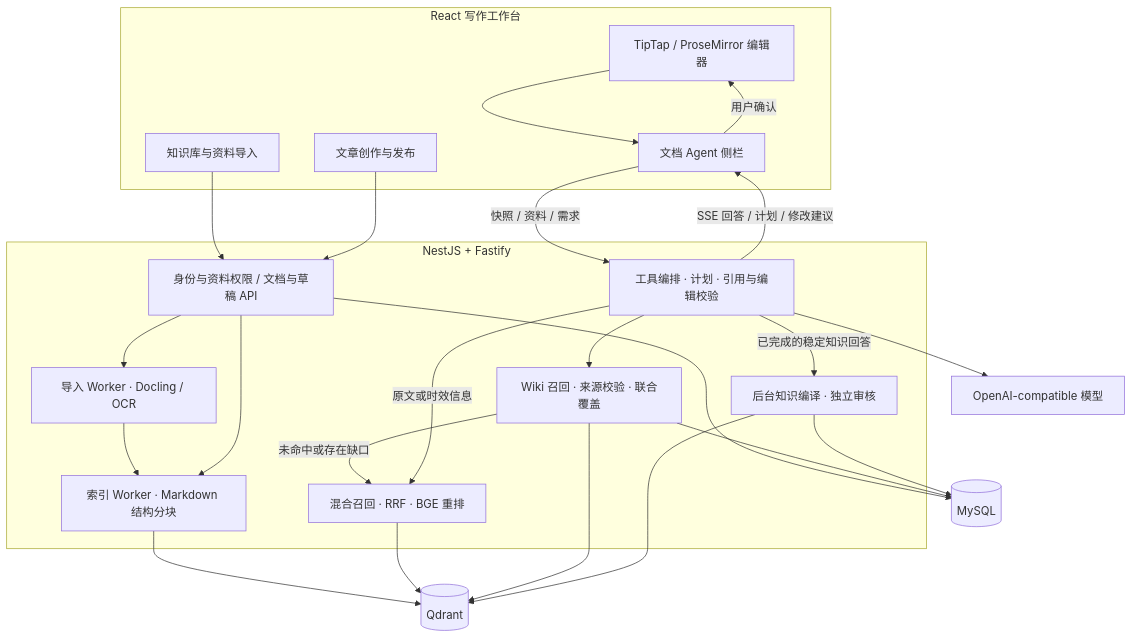
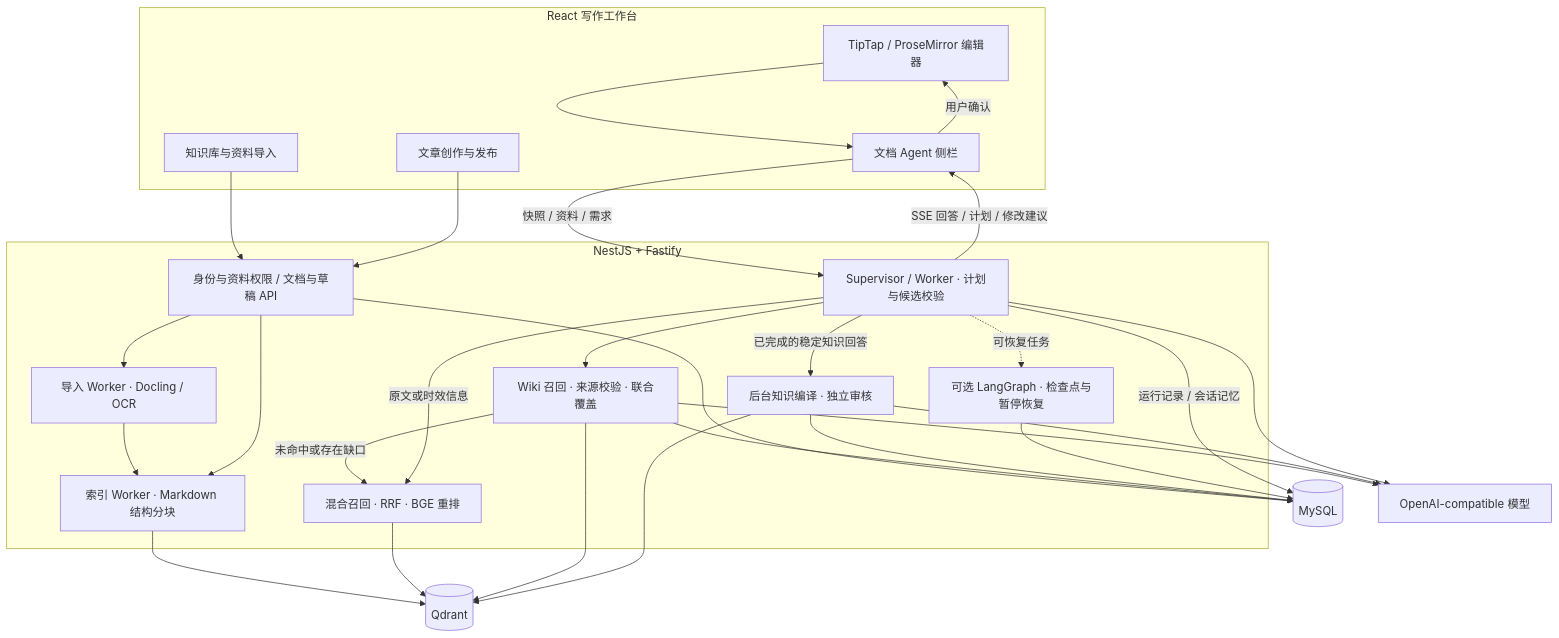
The fourth of 4 diagrams in README.md (seren-spark/livedoc), drawn with Mermaid before and after one commit. The commit also changed other lines of this file, not shown here.

Commit message:
docs: streamline README and update architecture

````diff
--- a/README.md
+++ b/README.md
@@ -379,41 +357,47 @@
 ```mermaid
 flowchart TB
   subgraph Frontend[React 写作工作台]
     KB[知识库与资料导入]
     Editor[TipTap / ProseMirror 编辑器]
     Panel[文档 Agent 侧栏]
     Publish[文章创作与发布]
   end
 
   subgraph Backend[NestJS + Fastify]
     API[身份与资料权限 / 文档与草稿 API]
     Import[导入 Worker · Docling / OCR]
     Index[索引 Worker · Markdown 结构分块]
     Search[混合召回 · RRF · BGE 重排]
     Wiki[Wiki 召回 · 来源校验 · 联合覆盖]
     Capture[后台知识编译 · 独立审核]
-    Agent[工具编排 · 计划 · 引用与编辑校验]
+    Agent[Supervisor / Worker · 计划与候选校验]
+    Graph[可选 LangGraph · 检查点与暂停恢复]
   end
 
   KB --> API
   Publish --> API
   API --> Import
   Import --> Index
   API --> Index
   API --> MySQL[(MySQL)]
   Index --> Qdrant[(Qdrant)]
   Editor --> Panel
   Panel -->|快照 / 资料 / 需求| Agent
   Agent --> Wiki
   Wiki -->|未命中或存在缺口| Search
   Agent -->|原文或时效信息| Search
   Search --> Qdrant
   Wiki --> Qdrant
   Wiki --> MySQL
   Agent -->|已完成的稳定知识回答| Capture
   Capture --> MySQL
   Capture --> Qdrant
-  Agent --> LLM[OpenAI-compatible 模型]
+  Agent -.->|可恢复任务| Graph
+  Graph --> MySQL
+  Agent -->|运行记录 / 会话记忆| MySQL
+  Wiki --> LLM[OpenAI-compatible 模型]
+  Capture --> LLM
+  Agent --> LLM
   Agent -->|SSE 回答 / 计划 / 修改建议| Panel
   Panel -->|用户确认| Editor
 ```
````
